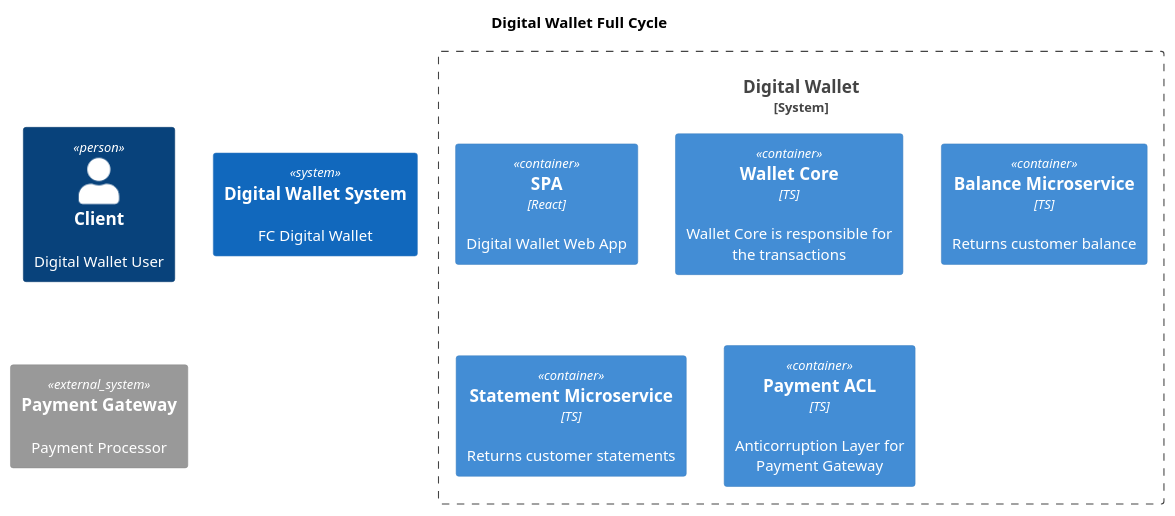
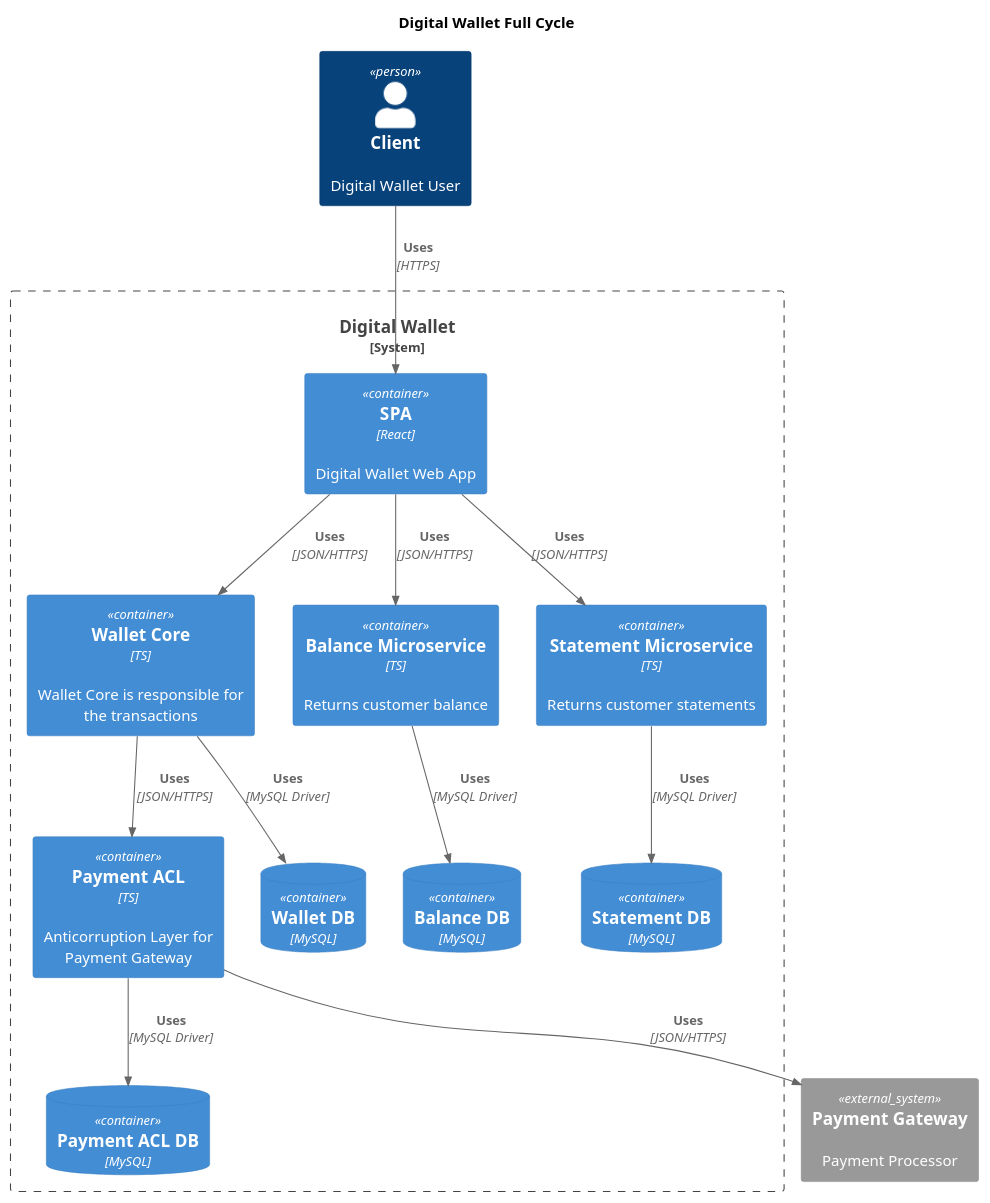
The diagram in containers.puml (carolldominguess/myPlantUML-cursoFullCycle), drawn with PlantUML before and after one commit.

Commit message:
Relacionamentos e DBs

```diff
--- a/containers.puml
+++ b/containers.puml
@@ -1,19 +1,37 @@
 @startuml   
 !include  https://raw.githubusercontent.com/plantuml-stdlib/C4-PlantUML/master/C4_Container.puml
 
 title "Digital Wallet Full Cycle"
 
 Person(client, "Client", "Digital Wallet User")
-
-System(wallet, "Digital Wallet System", "FC Digital Wallet")
 System_Ext(payment_gateway, "Payment Gateway", "Payment Processor")
 
 System_Boundary(digital_wallet, "Digital Wallet"){
     Container(spa, "SPA", "React", "Digital Wallet Web App")
     Container(wallet_core, "Wallet Core", "TS", "Wallet Core is responsible for the transactions")
     Container(balance_service, "Balance Microservice", "TS", "Returns customer balance")
     Container(statement_service, "Statement Microservice", "TS", "Returns customer statements")
     Container(payment_acl, "Payment ACL", "TS", "Anticorruption Layer for Payment Gateway")
+
+    ContainerDb(wallet_code_db, "Wallet DB", "MySQL")
+    Rel(wallet_core, wallet_code_db, "Uses", "MySQL Driver")
+
+    ContainerDb(balance_db, "Balance DB", "MySQL")
+    Rel(balance_service, balance_db, "Uses", "MySQL Driver")
+
+    ContainerDb(statament_db, "Statement DB", "MySQL")
+    Rel(statement_service, statament_db, "Uses", "MySQL Driver")
+
+    ContainerDb(payment_acl_db, "Payment ACL DB", "MySQL")
+    Rel(payment_acl, payment_acl_db, "Uses", "MySQL Driver")
+
+    Rel(client, spa, "Uses", "HTTPS")
+    Rel(spa, wallet_core, "Uses", "JSON/HTTPS")
+    Rel(spa, balance_service, "Uses", "JSON/HTTPS")
+    Rel(spa, statement_service, "Uses", "JSON/HTTPS")
+
+    Rel(wallet_core, payment_acl, "Uses", "JSON/HTTPS")
+    Rel(payment_acl, payment_gateway, "Uses", "JSON/HTTPS")
 }
 
 @enduml
```
